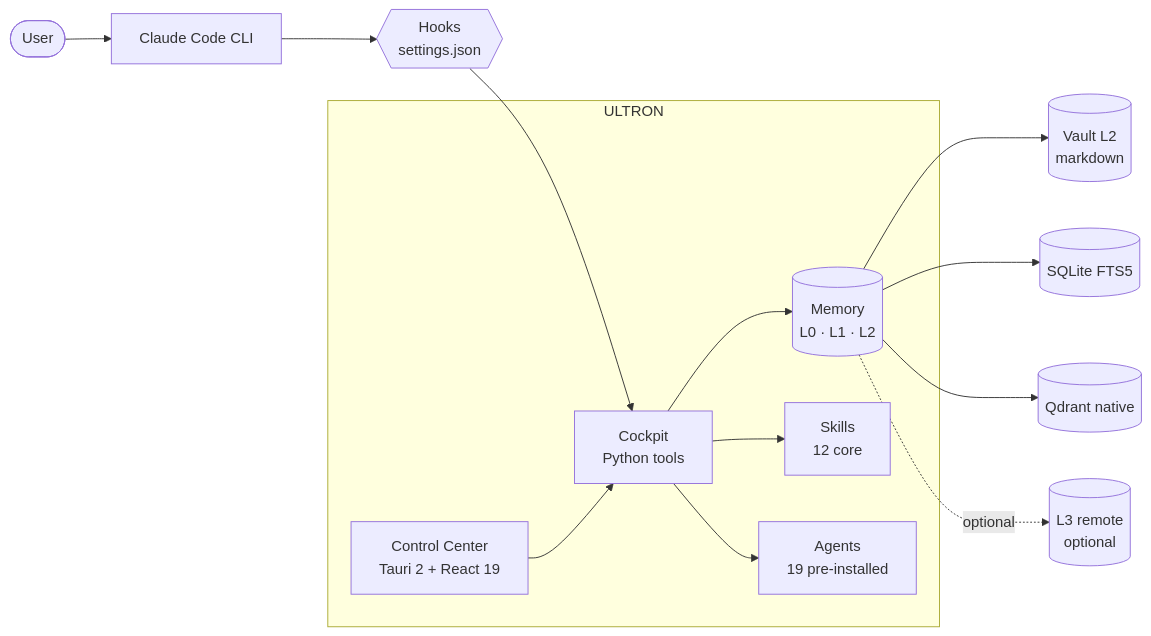
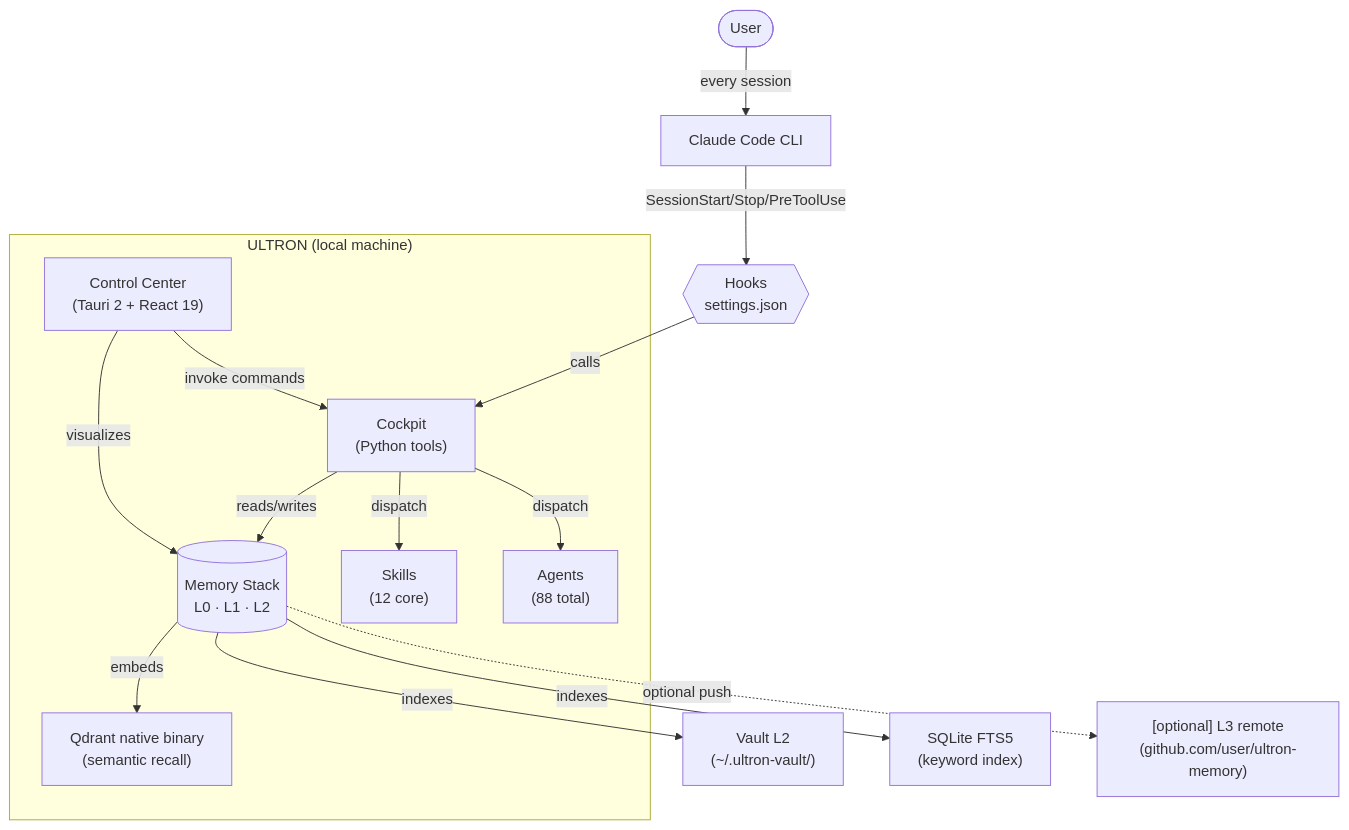
Before and after one commit to SkiTemplar/ultron-control-center: the second of 2 diagrams in README.md, drawn with Mermaid. The commit also changed other lines of this file, not shown here.

First line of the commit message:
docs(readme): README profesional para GitHub (single-user, features fullize, enlaces a docs)

````diff
--- a/README.md
+++ b/README.md
@@ -274,29 +279,30 @@
 ```mermaid
-flowchart LR
+flowchart TB
     User([User])
     CC[Claude Code CLI]
     Hooks{{Hooks<br/>settings.json}}
-    subgraph ULTRON
-        Memory[(Memory<br/>L0 · L1 · L2)]
-        Skills[Skills<br/>12 core]
-        Agents[Agents<br/>19 pre-installed]
-        Cockpit[Cockpit<br/>Python tools]
-        GUI[Control Center<br/>Tauri 2 + React 19]
+    subgraph ULTRON["ULTRON (local machine)"]
+        Memory[(Memory Stack<br/>L0 · L1 · L2)]
+        Skills["Skills<br/>(12 core)"]
+        Agents["Agents<br/>(88 total)"]
+        Cockpit["Cockpit<br/>(Python tools)"]
+        GUI["Control Center<br/>(Tauri 2 + React 19)"]
+        Qdrant["Qdrant native binary<br/>(semantic recall)"]
     end
-    Vault[(Vault L2<br/>markdown)]
-    FTS[(SQLite FTS5)]
-    Q[(Qdrant native)]
-    L3[(L3 remote<br/>optional)]
+    Vault["Vault L2<br/>(~/.ultron-vault/)"]
+    FTS["SQLite FTS5<br/>(keyword index)"]
+    L3["[optional] L3 remote<br/>(github.com/user/ultron-memory)"]
 
-    User --> CC
-    CC --> Hooks
-    Hooks --> Cockpit
-    Cockpit --> Memory
-    Memory --> Vault
-    Memory --> FTS
-    Memory --> Q
-    Memory -.optional.-> L3
-    Cockpit --> Skills
-    Cockpit --> Agents
-    GUI --> Cockpit
+    User -->|every session| CC
+    CC -->|SessionStart/Stop/PreToolUse| Hooks
+    Hooks -->|calls| Cockpit
+    Cockpit -->|reads/writes| Memory
+    Memory -->|indexes| Vault
+    Memory -->|indexes| FTS
+    Memory -->|embeds| Qdrant
+    Cockpit -->|dispatch| Skills
+    Cockpit -->|dispatch| Agents
+    GUI -->|invoke commands| Cockpit
+    GUI -->|visualizes| Memory
+    Memory -.->|optional push| L3
 ```
````
